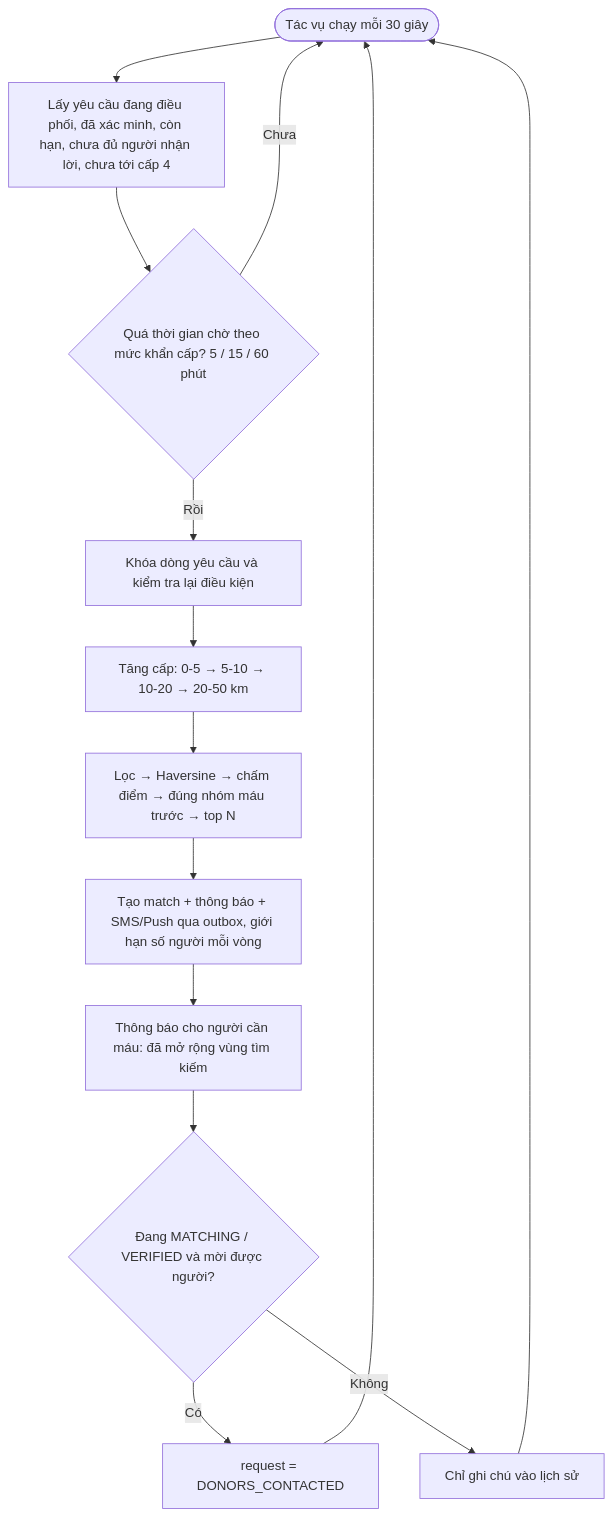
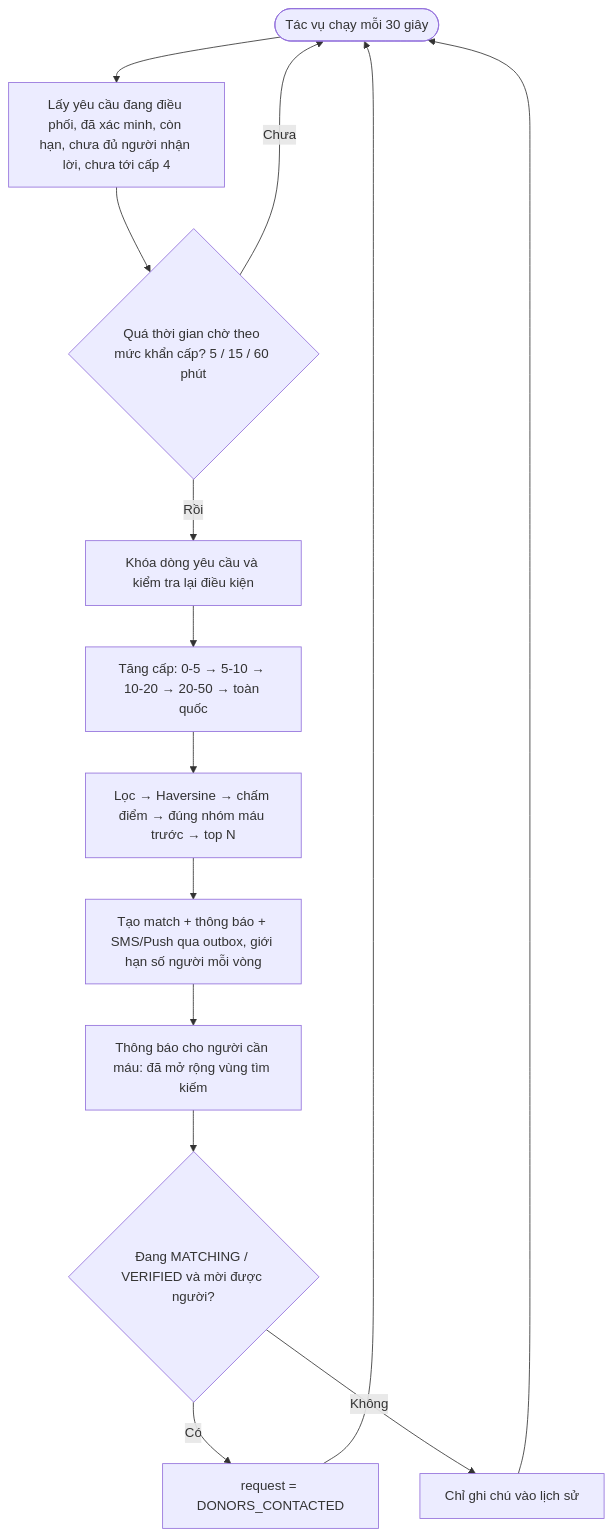
Before and after one commit to nhungoc260/lifely_demo: diagram 17 of 18 in docs/ARCHITECTURE.md, drawn with Mermaid. The commit also changed other lines of this file and 10 other files, not shown here.

Commit message:
Thêm cấp tìm kiếm toàn quốc, nhóm máu hiếm tìm toàn quốc ngay, tự nhảy cấp khi không có người hiến

````diff
--- a/docs/ARCHITECTURE.md
+++ b/docs/ARCHITECTURE.md
@@ -792,14 +792,14 @@
 ```mermaid
 flowchart TD
   S(["Tác vụ chạy mỗi 30 giây"]) --> R["Lấy yêu cầu đang điều phối, đã xác minh, còn hạn, chưa đủ người nhận lời, chưa tới cấp 4"]
   R --> D{"Quá thời gian chờ theo mức khẩn cấp? 5 / 15 / 60 phút"}
   D -- "Chưa" --> S
   D -- "Rồi" --> U["Khóa dòng yêu cầu và kiểm tra lại điều kiện"]
-  U --> L["Tăng cấp: 0-5 → 5-10 → 10-20 → 20-50 km"]
+  U --> L["Tăng cấp: 0-5 → 5-10 → 10-20 → 20-50 → toàn quốc"]
   L --> M["Lọc → Haversine → chấm điểm → đúng nhóm máu trước → top N"]
   M --> C["Tạo match + thông báo + SMS/Push qua outbox, giới hạn số người mỗi vòng"]
   C --> T["Thông báo cho người cần máu: đã mở rộng vùng tìm kiếm"]
   T --> ST{"Đang MATCHING / VERIFIED và mời được người?"}
   ST -- "Có" --> DC["request = DONORS_CONTACTED"] --> S
   ST -- "Không" --> NT["Chỉ ghi chú vào lịch sử"] --> S
 ```
````
